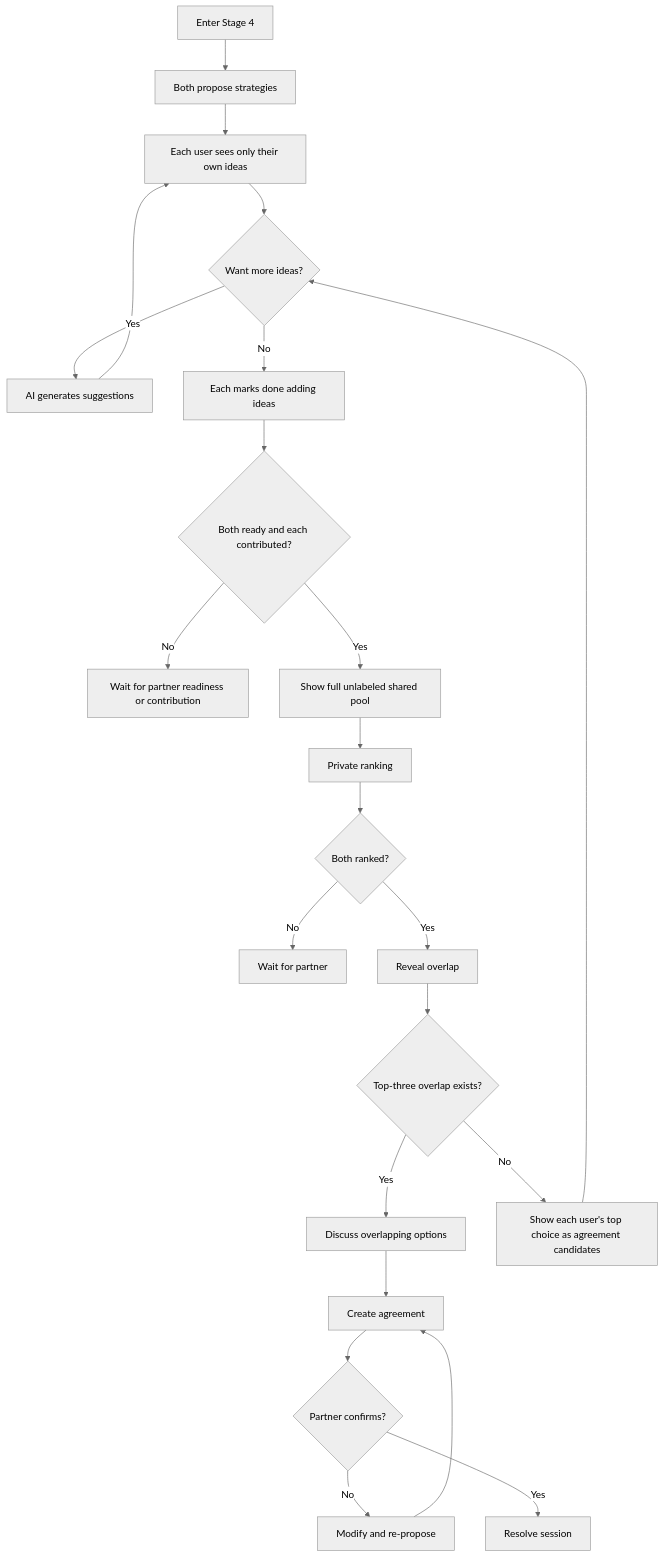
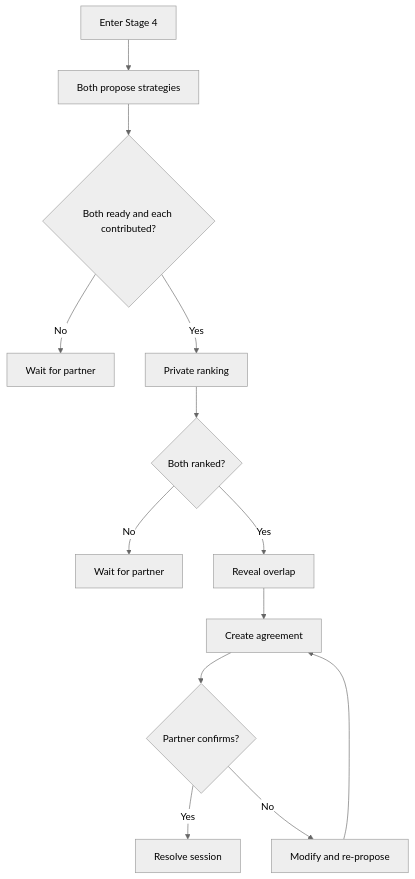
The second of 2 diagrams in docs/backend/api/stage-4.md (shantamg/meet-without-fear), drawn with Mermaid (neutral theme) before and after one commit. The commit also changed other lines of this file and 5 other files, not shown here.

````diff
--- a/docs/backend/api/stage-4.md
+++ b/docs/backend/api/stage-4.md
@@ -434,25 +634,15 @@
 ```mermaid
 flowchart TD
     Enter[Enter Stage 4] --> Collect[Both propose strategies]
-    Collect --> LocalPool[Each user sees only their own ideas]
-    LocalPool --> MoreIdeas{Want more ideas?}
-    MoreIdeas -->|Yes| AISuggest[AI generates suggestions]
-    AISuggest --> LocalPool
-    MoreIdeas -->|No| Done[Each marks done adding ideas]
-    Done --> Ready{Both ready and each contributed?}
-    Ready -->|No| WaitReady[Wait for partner readiness or contribution]
-    Ready -->|Yes| SharedPool[Show full unlabeled shared pool]
-    SharedPool --> Rank[Private ranking]
+    Collect --> Ready{Both ready and each contributed?}
+    Ready -->|No| WaitReady[Wait for partner]
+    Ready -->|Yes| Rank[Private ranking]
     Rank --> BothRanked{Both ranked?}
     BothRanked -->|No| Wait[Wait for partner]
     BothRanked -->|Yes| Reveal[Reveal overlap]
-    Reveal --> HasOverlap{Top-three overlap exists?}
-    HasOverlap -->|Yes| Discuss[Discuss overlapping options]
-    HasOverlap -->|No| Candidates[Show each user's top choice as agreement candidates]
-    Candidates --> MoreIdeas
-    Discuss --> Agree[Create agreement]
-    Agree --> PartnerConfirm{Partner confirms?}
-    PartnerConfirm -->|No| Modify[Modify and re-propose]
+    Reveal --> Agree[Create agreement]
+    Agree --> Confirm{Partner confirms?}
+    Confirm -->|Yes| Resolve[Resolve session]
+    Confirm -->|No| Modify[Modify and re-propose]
     Modify --> Agree
-    PartnerConfirm -->|Yes| Resolve[Resolve session]
 ```
````
